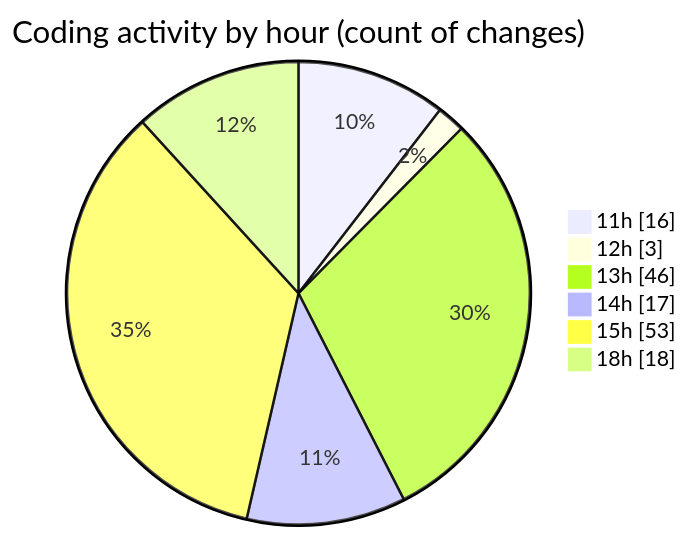
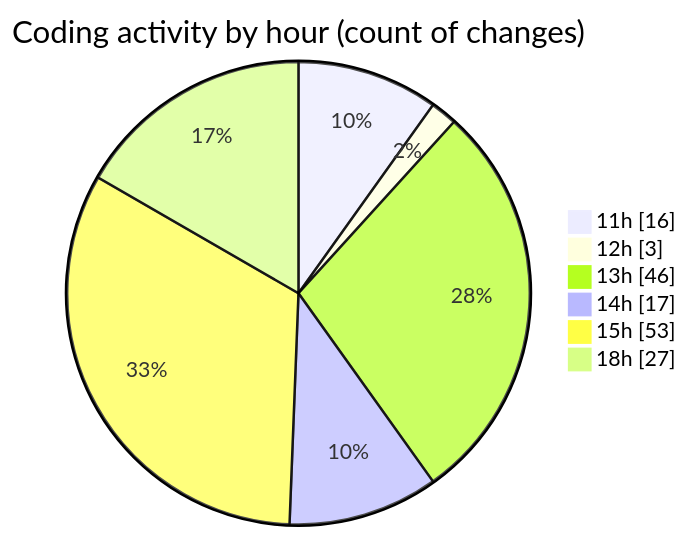
The second of 2 diagrams in 2025-07-08/argos/README.md (nxtqubesakshisongat/code-tracking), drawn with Mermaid before and after one commit. The commit also changed other lines of this file and 1 other file, not shown here.

````diff
--- a/2025-07-08/argos/README.md
+++ b/2025-07-08/argos/README.md
@@ -34,10 +34,10 @@
 ```mermaid
 pie showData
 title Coding activity by hour (count of changes)
 "11h" : 16
 "12h" : 3
 "13h" : 46
 "14h" : 17
 "15h" : 53
-"18h" : 18
+"18h" : 27
 ```
````
